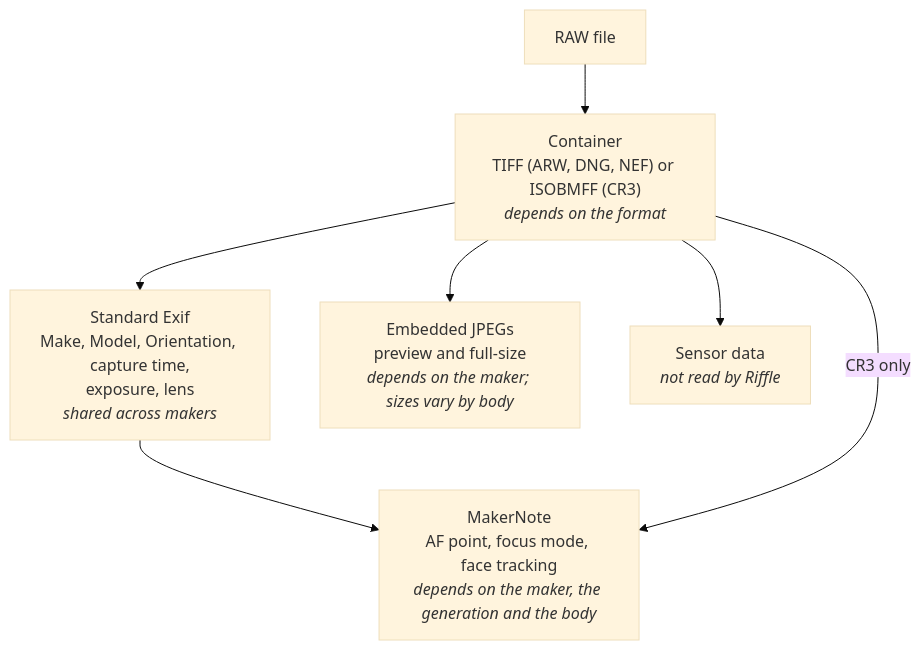
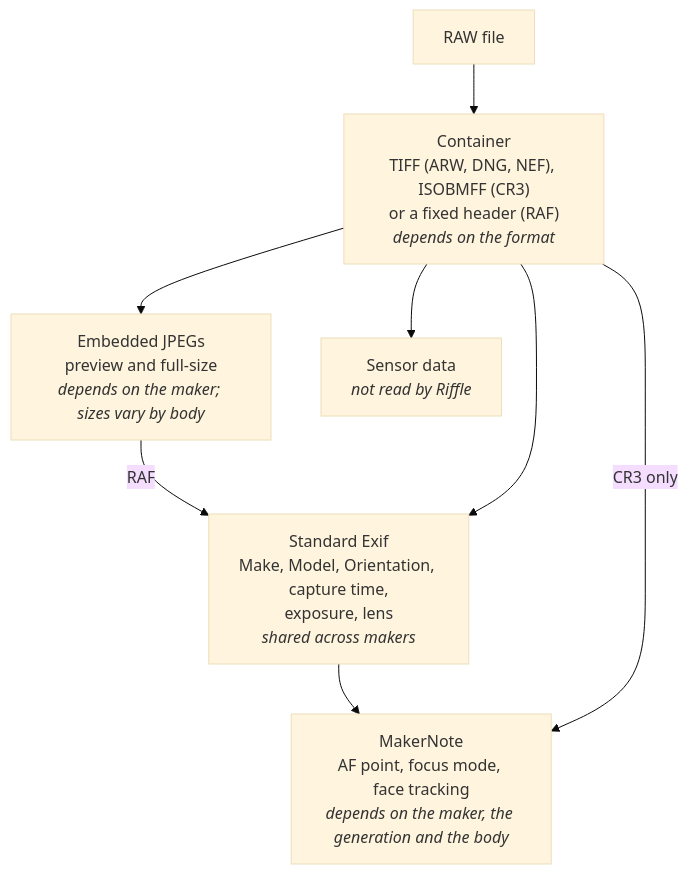
The first of 2 diagrams in docs/raw-formats.md (minodisk/riffle), drawn with Mermaid (base theme) before and after one commit. The commit also changed other lines of this file and 10 other files, not shown here.

````diff
--- a/docs/raw-formats.md
+++ b/docs/raw-formats.md
@@ -15,15 +15,16 @@
 ```mermaid
 flowchart TB
     file["RAW file"]
-    container["Container<br/>TIFF (ARW, DNG, NEF) or ISOBMFF (CR3)<br/><i>depends on the format</i>"]
+    container["Container<br/>TIFF (ARW, DNG, NEF), ISOBMFF (CR3)<br/>or a fixed header (RAF)<br/><i>depends on the format</i>"]
     exif["Standard Exif<br/>Make, Model, Orientation, capture time,<br/>exposure, lens<br/><i>shared across makers</i>"]
     jpegs["Embedded JPEGs<br/>preview and full-size<br/><i>depends on the maker; sizes vary by body</i>"]
     note["MakerNote<br/>AF point, focus mode, face tracking<br/><i>depends on the maker, the generation and the body</i>"]
     sensor["Sensor data<br/><i>not read by Riffle</i>"]
     file --> container
+    jpegs -->|RAF| exif
     container --> exif
     container --> jpegs
     container --> sensor
     exif --> note
     container -->|CR3 only| note
 ```
````
